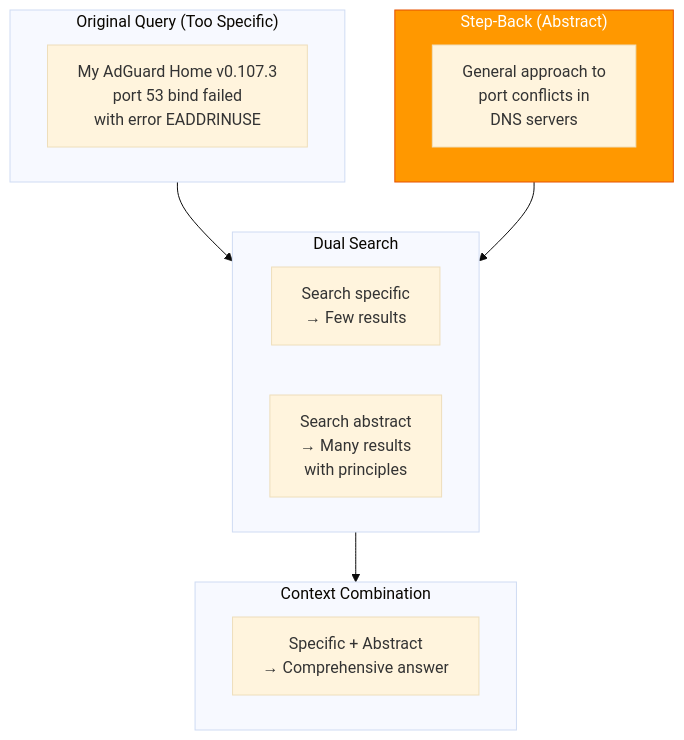
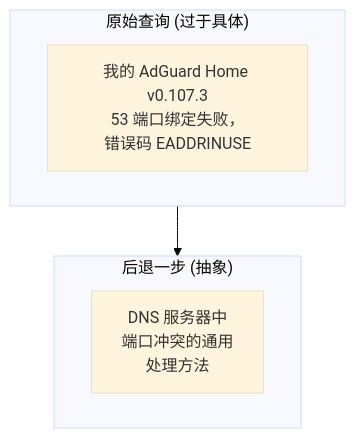
One commit to YiWang24/AiDIY changed the seventh of 10 diagrams in i18n/zh-Hans/docusaurus-plugin-content-docs/current/ai/rag/04-retrieval.mdx. Above: the diagram before and after it, drawn with Mermaid (base theme). The commit also changed other lines of this file and 59 other files, not shown here.

````diff
--- a/i18n/zh-Hans/docusaurus-plugin-content-docs/current/ai/rag/04-retrieval.mdx
+++ b/i18n/zh-Hans/docusaurus-plugin-content-docs/current/ai/rag/04-retrieval.mdx
@@ -603,25 +360,12 @@
 ```mermaid
 flowchart TB
-    subgraph Original["Original Query (Too Specific)"]
-        Q1["My AdGuard Home v0.107.3<br/>port 53 bind failed<br/>with error EADDRINUSE"]
+    subgraph Original["原始查询 (过于具体)"]
+        Q1["我的 AdGuard Home v0.107.3<br/>53 端口绑定失败，<br/>错误码 EADDRINUSE"]
     end
 
-    subgraph StepBack["Step-Back (Abstract)"]
-        Q2["General approach to<br/>port conflicts in<br/>DNS servers"]
+    subgraph StepBack["后退一步 (抽象)"]
+        Q2["DNS 服务器中<br/>端口冲突的通用<br/>处理方法"]
     end
 
-    subgraph Search["Dual Search"]
-        S1["Search specific<br/>→ Few results"]
-        S2["Search abstract<br/>→ Many results<br/>with principles"]
-    end
-
-    subgraph Combine["Context Combination"]
-        C["Specific + Abstract<br/>→ Comprehensive answer"]
-    end
-
-    Original --> Search
-    StepBack --> Search
-    Search --> Combine
-
-    style StepBack fill:#ff9800,stroke:#e65100,color:#fff
+    Original --> StepBack
 ```
````
